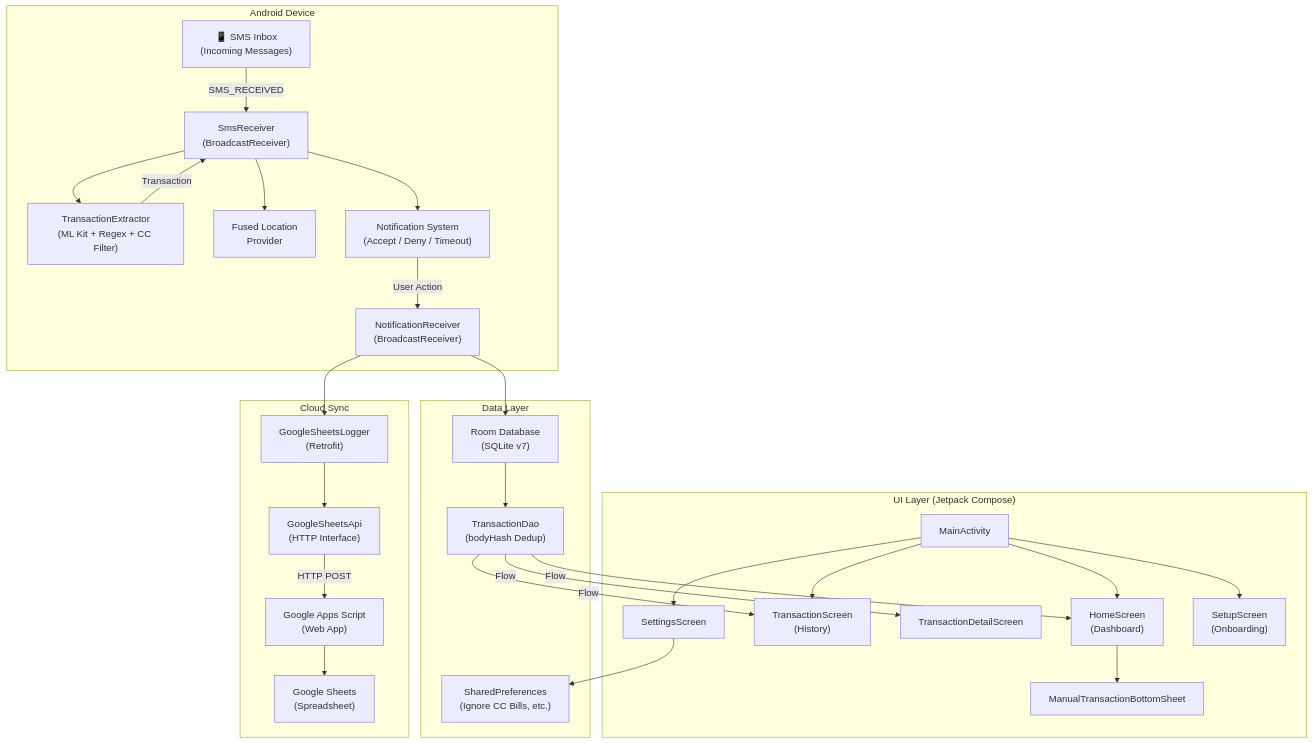
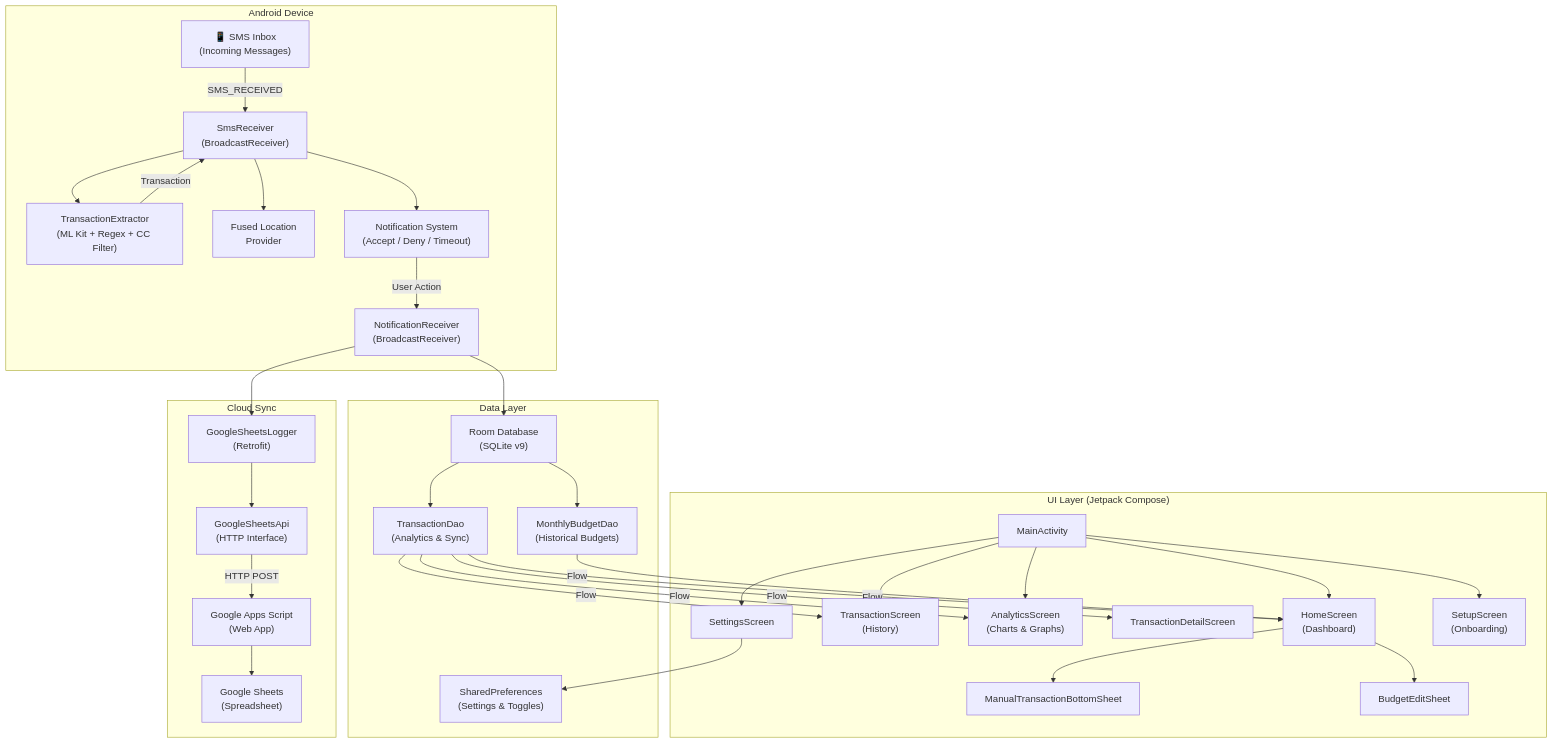
Before and after one commit to RahulGorai0206/expence-tracker: the first of 4 diagrams in README.md, drawn with Mermaid. The commit also changed other lines of this file, not shown here.

````diff
--- a/README.md
+++ b/README.md
@@ -92,56 +98,64 @@
 ```mermaid
 graph TB
     subgraph Android Device
         SMS["📱 SMS Inbox<br/>(Incoming Messages)"]
         RCV["SmsReceiver<br/>(BroadcastReceiver)"]
         EXT["TransactionExtractor<br/>(ML Kit + Regex + CC Filter)"]
         LOC["Fused Location<br/>Provider"]
         NOTIF["Notification System<br/>(Accept / Deny / Timeout)"]
         NRCV["NotificationReceiver<br/>(BroadcastReceiver)"]
     end
 
     subgraph Data Layer
-        DB["Room Database<br/>(SQLite v7)"]
-        DAO["TransactionDao<br/>(bodyHash Dedup)"]
-        PREFS["SharedPreferences<br/>(Ignore CC Bills, etc.)"]
+        DB["Room Database<br/>(SQLite v9)"]
+        DAO["TransactionDao<br/>(Analytics & Sync)"]
+        BUDGET_DAO["MonthlyBudgetDao<br/>(Historical Budgets)"]
+        PREFS["SharedPreferences<br/>(Settings & Toggles)"]
     end
 
     subgraph UI Layer ["UI Layer (Jetpack Compose)"]
         MA["MainActivity"]
         HOME["HomeScreen<br/>(Dashboard)"]
         TXN["TransactionScreen<br/>(History)"]
+        ANALYTICS["AnalyticsScreen<br/>(Charts & Graphs)"]
         DETAIL["TransactionDetailScreen"]
         SETTINGS["SettingsScreen"]
         SETUP["SetupScreen<br/>(Onboarding)"]
         MANUAL["ManualTransactionBottomSheet"]
+        BUDGET_SHEET["BudgetEditSheet"]
     end
 
     subgraph Cloud Sync
         LOGGER["GoogleSheetsLogger<br/>(Retrofit)"]
         API["GoogleSheetsApi<br/>(HTTP Interface)"]
         SCRIPT["Google Apps Script<br/>(Web App)"]
         SHEET["Google Sheets<br/>(Spreadsheet)"]
     end
 
     SMS -->|SMS_RECEIVED| RCV
     RCV --> EXT
     RCV --> LOC
     EXT -->|Transaction| RCV
     RCV --> NOTIF
     NOTIF -->|User Action| NRCV
     NRCV --> DB
     NRCV --> LOGGER
     DB --> DAO
+    DB --> BUDGET_DAO
     DAO -->|Flow<List>| HOME
     DAO -->|Flow<List>| TXN
+    DAO -->|Flow<List>| ANALYTICS
+    BUDGET_DAO -->|Flow<Budget>| HOME
     DAO -->|Flow<Transaction>| DETAIL
     LOGGER --> API
     API -->|HTTP POST| SCRIPT
     SCRIPT --> SHEET
     MA --> HOME
     MA --> TXN
+    MA --> ANALYTICS
     MA --> SETTINGS
     MA --> SETUP
     HOME --> MANUAL
+    HOME --> BUDGET_SHEET
     SETTINGS --> PREFS
 ```
````
